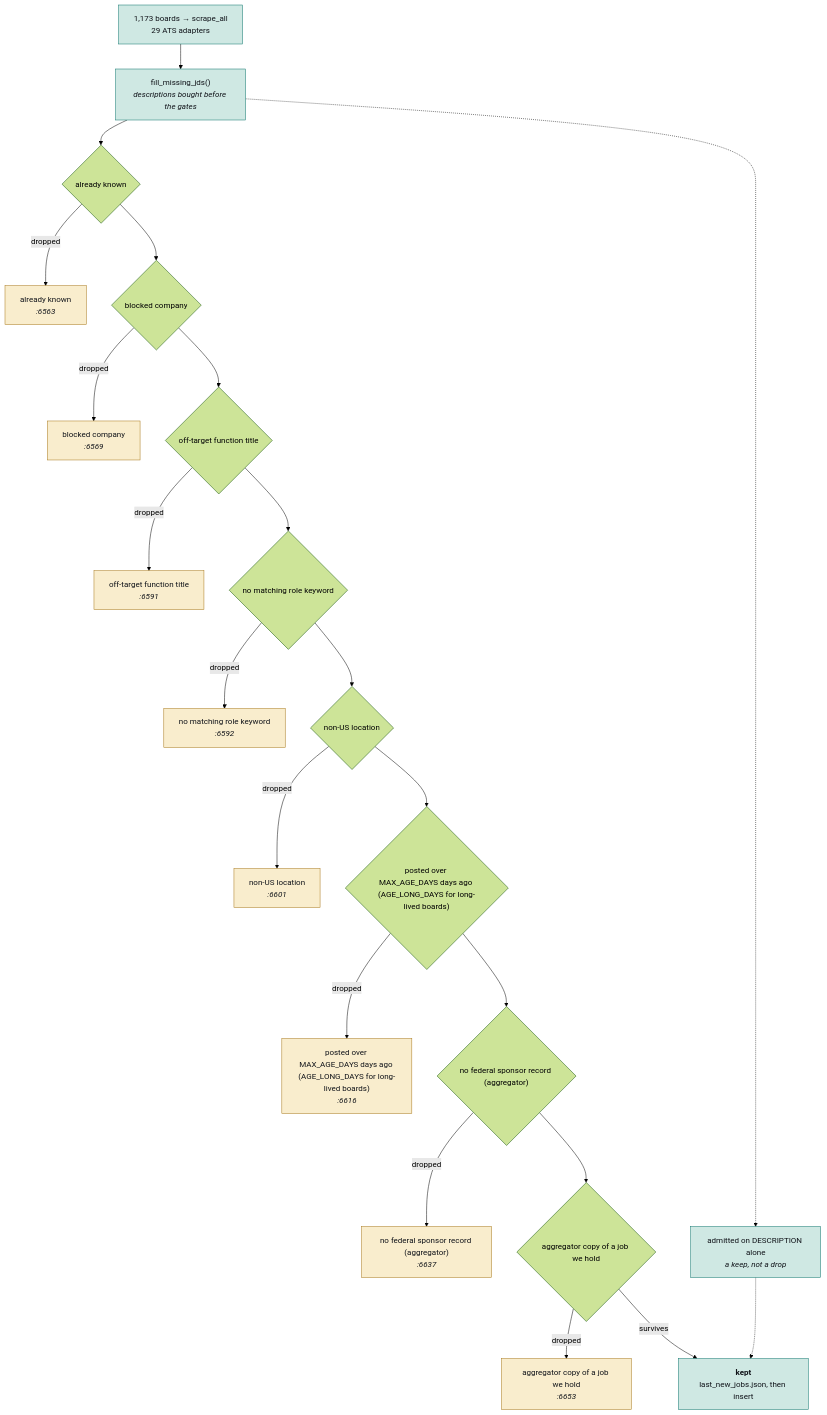
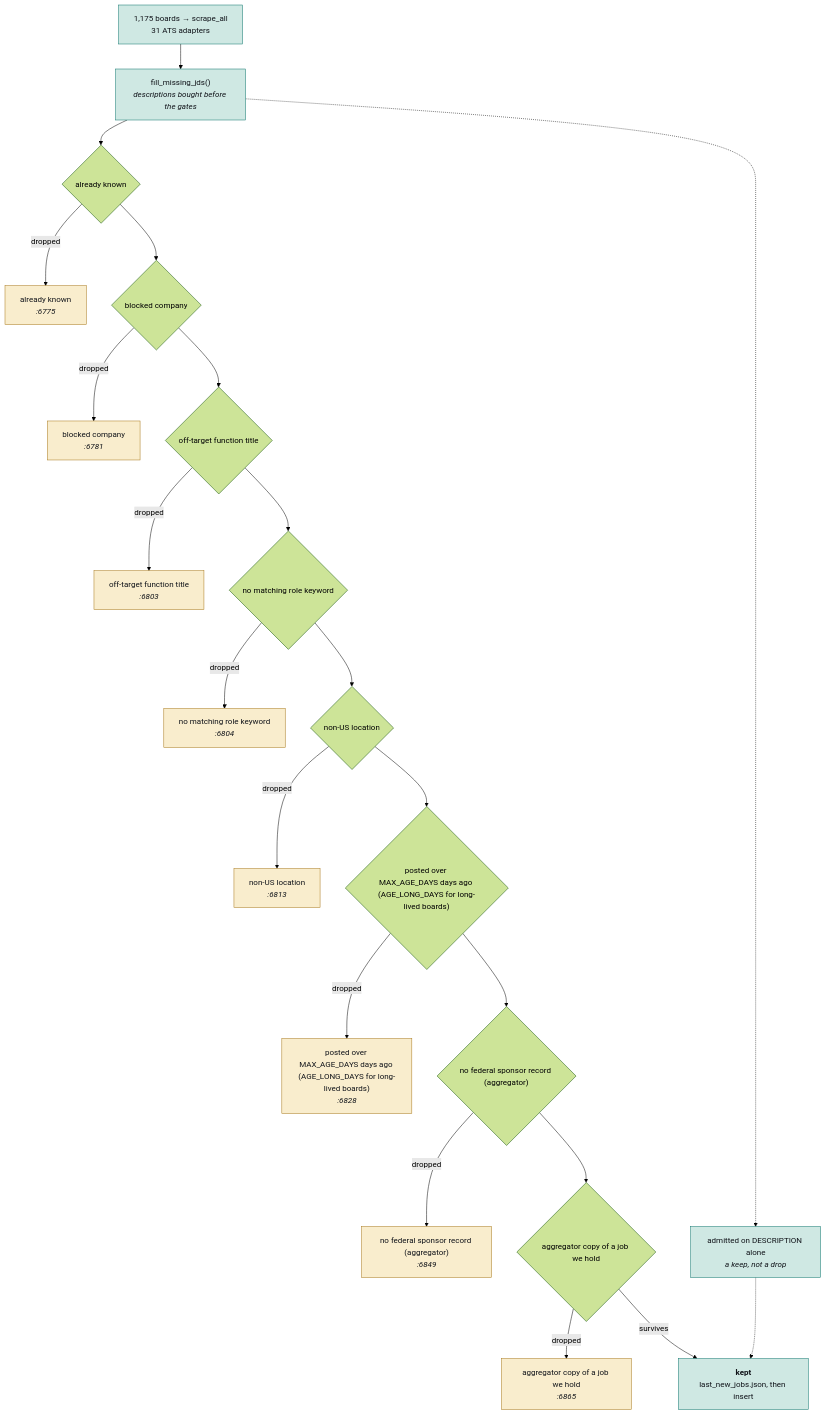
One commit to hadakunal909-debug/job-search-tool changed the second of 4 diagrams in JobMatch Scraper/docs/ARCHITECTURE.md. Above: the diagram before and after it, drawn with Mermaid (forest theme). The commit also changed other lines of this file and 8 other files, not shown here.

````diff
--- a/JobMatch Scraper/docs/ARCHITECTURE.md
+++ b/JobMatch Scraper/docs/ARCHITECTURE.md
@@ -106,54 +106,54 @@
 ```mermaid
 flowchart TB
-  SRC["1,173 boards → scrape_all<br/>29 ATS adapters"]
+  SRC["1,175 boards → scrape_all<br/>31 ATS adapters"]
   JD["fill_missing_jds()<br/><i>descriptions bought before the gates</i>"]
   SRC --> JD
   G0{"already known"}
-  D0["already known<br/><i>:6563</i>"]
+  D0["already known<br/><i>:6775</i>"]
   JD --> G0
   G0 -->|dropped| D0
   class D0 trap
   G1{"blocked company"}
-  D1["blocked company<br/><i>:6569</i>"]
+  D1["blocked company<br/><i>:6781</i>"]
   G0 --> G1
   G1 -->|dropped| D1
   class D1 trap
   G2{"off-target function title"}
-  D2["off-target function title<br/><i>:6591</i>"]
+  D2["off-target function title<br/><i>:6803</i>"]
   G1 --> G2
   G2 -->|dropped| D2
   class D2 trap
   G3{"no matching role keyword"}
-  D3["no matching role keyword<br/><i>:6592</i>"]
+  D3["no matching role keyword<br/><i>:6804</i>"]
   G2 --> G3
   G3 -->|dropped| D3
   class D3 trap
   G4{"non-US location"}
-  D4["non-US location<br/><i>:6601</i>"]
+  D4["non-US location<br/><i>:6813</i>"]
   G3 --> G4
   G4 -->|dropped| D4
   class D4 trap
   G5{"posted over MAX_AGE_DAYS days ago (AGE_LONG_DAYS for long-lived boards)"}
-  D5["posted over MAX_AGE_DAYS days ago (AGE_LONG_DAYS for long-lived boards)<br/><i>:6616</i>"]
+  D5["posted over MAX_AGE_DAYS days ago (AGE_LONG_DAYS for long-lived boards)<br/><i>:6828</i>"]
   G4 --> G5
   G5 -->|dropped| D5
   class D5 trap
   G6{"no federal sponsor record (aggregator)"}
-  D6["no federal sponsor record (aggregator)<br/><i>:6637</i>"]
+  D6["no federal sponsor record (aggregator)<br/><i>:6849</i>"]
   G5 --> G6
   G6 -->|dropped| D6
   class D6 trap
   G7{"aggregator copy of a job we hold"}
-  D7["aggregator copy of a job we hold<br/><i>:6653</i>"]
+  D7["aggregator copy of a job we hold<br/><i>:6865</i>"]
   G6 --> G7
   G7 -->|dropped| D7
   class D7 trap
   KEEP["<b>kept</b><br/>last_new_jobs.json, then insert"]
   G7 -->|survives| KEEP
   RESCUE["admitted on DESCRIPTION alone<br/><i>a keep, not a drop</i>"]
   JD -.-> RESCUE
   RESCUE -.-> KEEP
   classDef trap fill:#f9edcd,stroke:#a8781a,color:#101319
   classDef sched fill:#cfe8e3,stroke:#0f766e,color:#101319
   class SRC,JD,KEEP,RESCUE sched
 ```
````
